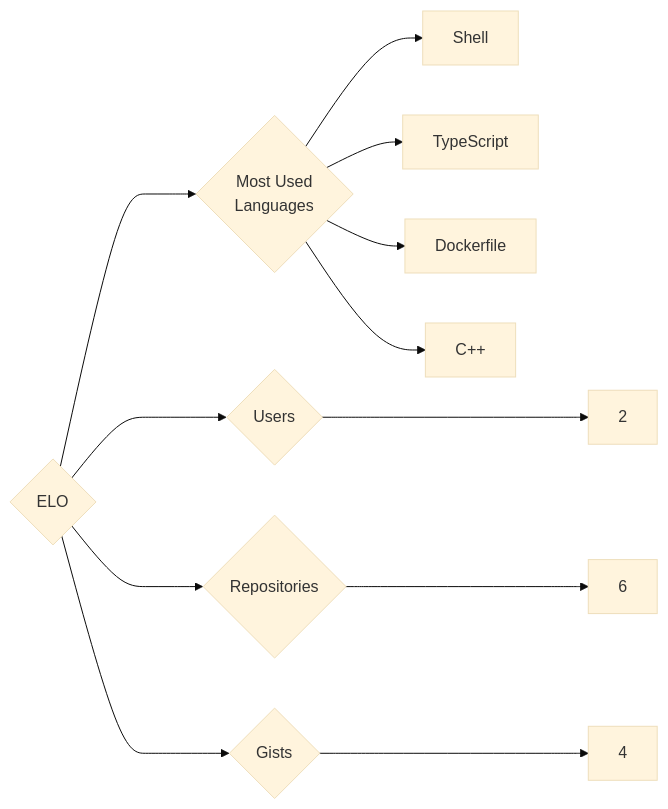
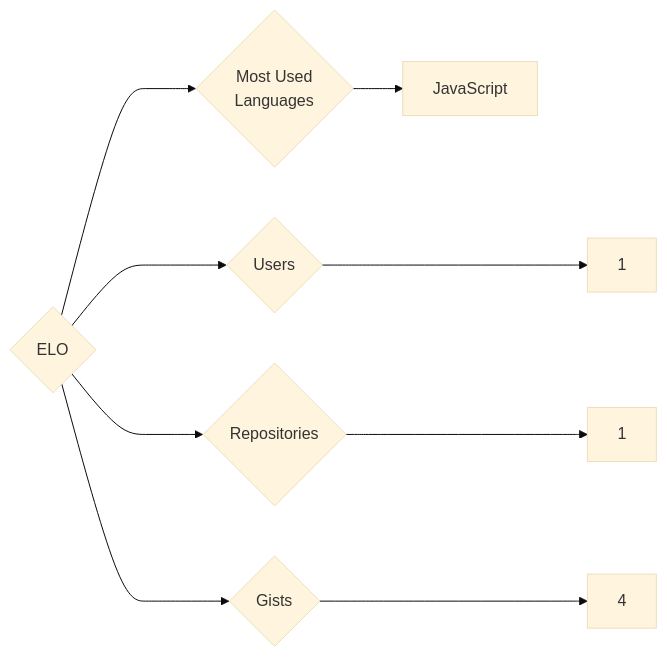
Before and after one commit to trickest/insiders: the diagram in targets/ELO/README.md, drawn with Mermaid (base theme). The commit also changed 559 other files, not shown here.

````diff
--- a/targets/ELO/README.md
+++ b/targets/ELO/README.md
@@ -3,12 +3,9 @@
 ```mermaid
 graph LR
 COMPANY_NAME{ELO}
-COMPANY_NAME ---> U{Users} ---> UN[2]
-COMPANY_NAME ---> R{Repositories} ---> RN[6]
+COMPANY_NAME ---> U{Users} ---> UN[1]
+COMPANY_NAME ---> R{Repositories} ---> RN[1]
 COMPANY_NAME ---> G{Gists} ---> GN[4]
 COMPANY_NAME ---> ML{Most Used<br>Languages}
-ML --> Shell[Shell]
-ML --> TypeScript[TypeScript]
-ML --> Dockerfile[Dockerfile]
-ML --> C++[C++]
+ML --> JavaScript[JavaScript]
 ```
````
